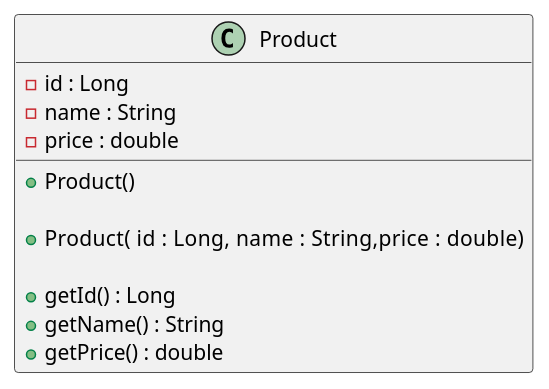
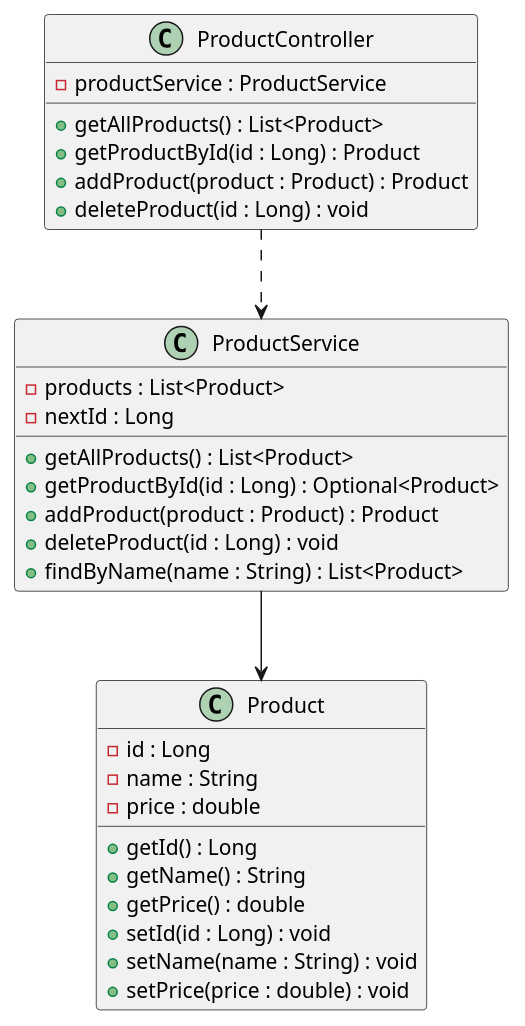
The diagram in products-api/docs/uml/Product.puml (shlokzz/Object-Oriented-Programming-Java-), drawn with PlantUML before and after one commit.

Commit message:
Tutorial-3: ProductService with List - four CRUD endpoints working

```diff
--- a/products-api/docs/uml/Product.puml
+++ b/products-api/docs/uml/Product.puml
@@ -1,17 +1,37 @@
 @startuml
 
 class Product {
     - id : Long
     - name : String
     - price : double
-
-    + Product()
-
-    + Product(    id : Long, name : String,price : double)
-
     + getId() : Long
     + getName() : String
     + getPrice() : double
-}
+    + setId(id : Long) : void
+    + setName(name : String) : void
+    + setPrice(price : double) : void
+    }
+
+    class ProductService {
+    - products : List<Product>
+    - nextId : Long
+    + getAllProducts() : List<Product>
+    + getProductById(id : Long) : Optional<Product>
+    + addProduct(product : Product) : Product
+    + deleteProduct(id : Long) : void
+    + findByName(name : String) : List<Product>
+    }
+    class ProductController {
+    - productService : ProductService
+    + getAllProducts() : List<Product>
+    + getProductById(id : Long) : Product
+    + addProduct(product : Product) : Product
+    + deleteProduct(id : Long) : void
+    }
+
+    ' ..> is a dependency: DASHED line, open arrow
+    ProductController ..> ProductService
+    ' --> is an association: SOLID line
+    ProductService --> Product
 
 @enduml
```
